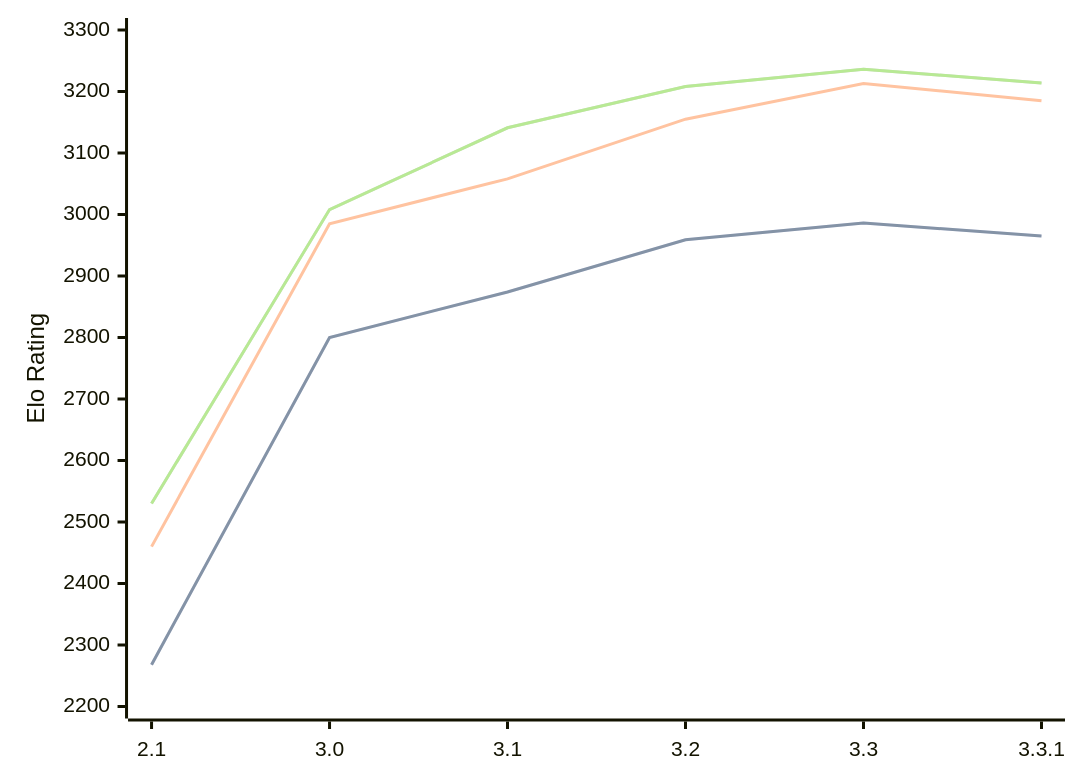
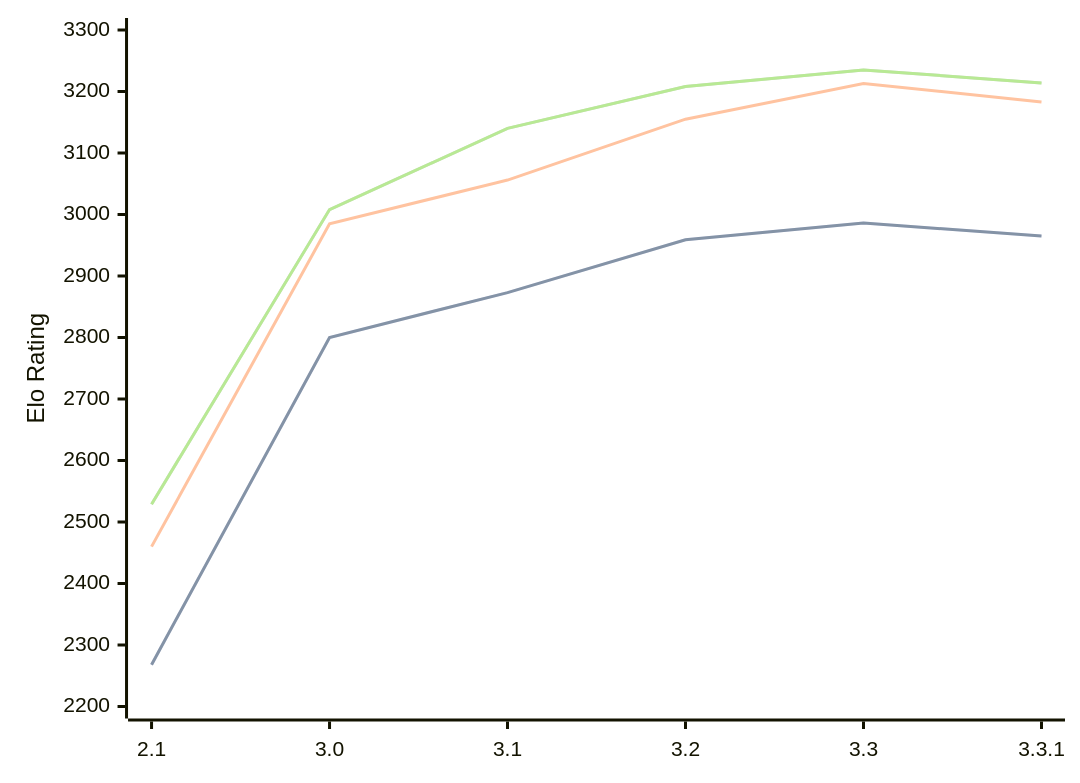
Before and after one commit to computer-chess-index/cci: the diagram in engines/Petrel.md, drawn with Mermaid. The commit also changed other lines of this file, not shown here.

Commit message:
Update CCI Ratings (ELO VLTC) - 2026-03-09

````diff
--- a/engines/Petrel.md
+++ b/engines/Petrel.md
@@ -41,11 +41,11 @@
 ```mermaid
 %%{init: {"theme":"base","themeVariables":{"seriesColors:['#a3a3a3','#222221','#faa371']}}}%%
 xychart-beta
   x-axis ["2.1", "3.0", "3.1", "3.2", "3.3", "3.3.1"]
   y-axis "Elo Rating" 2200 --> 3300
-  line "STC (8.0+0.08s)" [2268, 2800, 2874, 2959, 2986, 2965]
-  line "STC (8.0+0.08s)" [2268, 2800, 2874, 2959, 2986, 2965]
-  line "LTC (60.0+0.60s)" [2460, 2985, 3058, 3155, 3213, 3185]
-  line "VLTC (2m24s+1.12s)" [2530, 3008, 3141, 3208, 3236, 3214]
-  line "VLTC (2m24s+1.12s)" [2530, 3008, 3141, 3208, 3236, 3214]
+  line "STC (8.0+0.08s)" [2268, 2800, 2873, 2959, 2986, 2965]
+  line "STC (8.0+0.08s)" [2268, 2800, 2873, 2959, 2986, 2965]
+  line "LTC (60.0+0.60s)" [2460, 2985, 3056, 3155, 3213, 3183]
+  line "VLTC (2m24s+1.12s)" [2529, 3008, 3140, 3208, 3235, 3214]
+  line "VLTC (2m24s+1.12s)" [2529, 3008, 3140, 3208, 3235, 3214]
 ```
````
